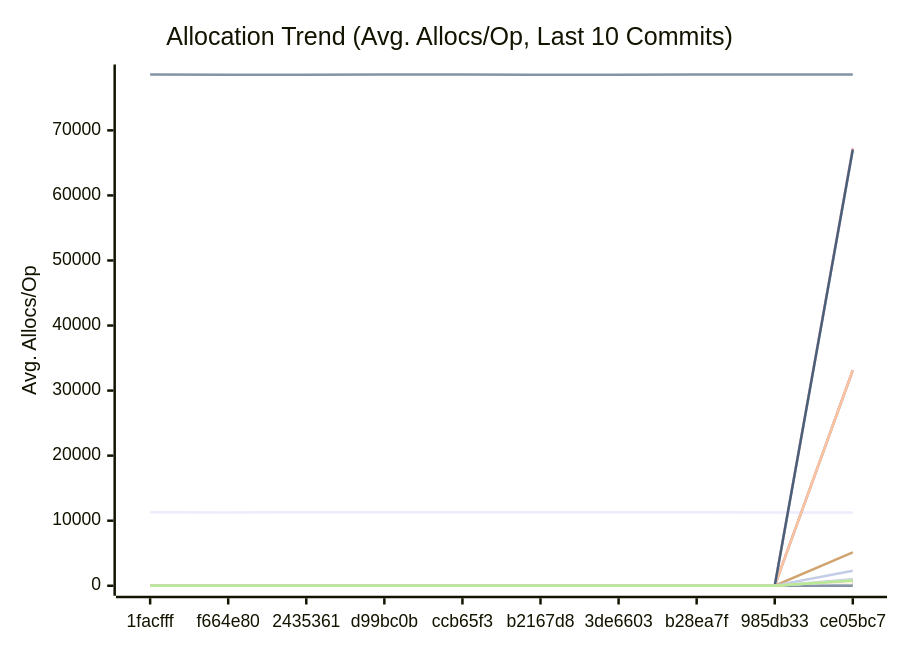
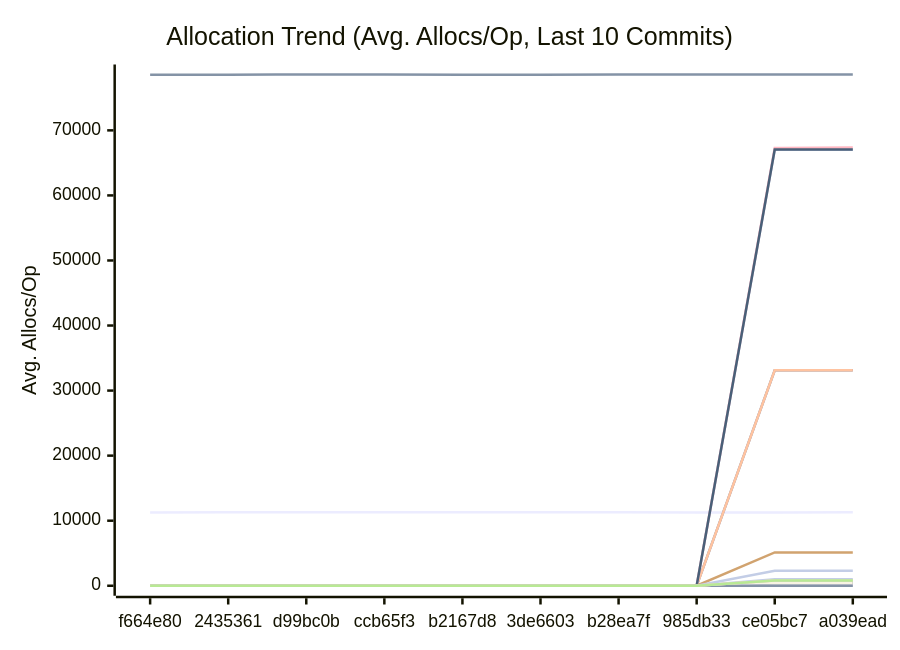
One commit to alsotoes/momo changed the third of 3 diagrams in docs/PERFORMANCE.md. Above: the diagram before and after it, drawn with Mermaid. The commit also changed other lines of this file and 42 other files, not shown here.

````diff
--- a/docs/PERFORMANCE.md
+++ b/docs/PERFORMANCE.md
@@ -348,42 +348,42 @@
 ```mermaid
 xychart-beta
     title "Allocation Trend (Avg. Allocs/Op, Last 10 Commits)"
     x-axis "Commit"
     y-axis "Avg. Allocs/Op"
-    x-axis [1facfff,f664e80,2435361,d99bc0b,ccb65f3,b2167d8,3de6603,b28ea7f,985db33,ce05bc7]
-    line "AWSChunkedReaderSigned" [11308,11270,11298,11294,11296,11294,11282,11296,11273,11277]
-    line "AWSChunkedReaderUnsigned" [78579,78560,78566,78574,78587,78561,78563,78568,78577,78572]
+    x-axis [f664e80,2435361,d99bc0b,ccb65f3,b2167d8,3de6603,b28ea7f,985db33,ce05bc7,a039ead]
+    line "AWSChunkedReaderSigned" [11270,11298,11294,11296,11294,11282,11296,11273,11277,11286]
+    line "AWSChunkedReaderUnsigned" [78560,78566,78574,78587,78561,78563,78568,78577,78572,78577]
     line "CheckMetricsAndSwap" [0,0,0,0,0,0,0,0,0,0]
     line "CrushOptimized" [0,0,0,0,0,0,0,0,0,0]
     line "CrushOriginal" [3,3,3,3,3,3,3,3,3,3]
-    line "FormatListObjectsV2XML_AppendFormat" [0,0,0,0,0,0,0,0,0,16]
-    line "FormatListObjectsV2XML_OldFormat" [0,0,0,0,0,0,0,0,0,1000]
-    line "HashBytes/1MiB" [0,0,0,0,0,0,0,0,0,64]
-    line "HashBytes/256MiB" [0,0,0,0,0,0,0,0,0,64]
-    line "HashBytes/64MiB" [0,0,0,0,0,0,0,0,0,64]
-    line "HashFile/1MiB" [0,0,0,0,0,0,0,0,0,33128]
-    line "HashFile/256MiB" [0,0,0,0,0,0,0,0,0,33128]
-    line "HashFile/64MiB" [0,0,0,0,0,0,0,0,0,33128]
+    line "FormatListObjectsV2XML_AppendFormat" [0,0,0,0,0,0,0,0,16,16]
+    line "FormatListObjectsV2XML_OldFormat" [0,0,0,0,0,0,0,0,1000,1000]
+    line "HashBytes/1MiB" [0,0,0,0,0,0,0,0,64,64]
+    line "HashBytes/256MiB" [0,0,0,0,0,0,0,0,64,64]
+    line "HashBytes/64MiB" [0,0,0,0,0,0,0,0,64,64]
+    line "HashFile/1MiB" [0,0,0,0,0,0,0,0,33128,33128]
+    line "HashFile/256MiB" [0,0,0,0,0,0,0,0,33128,33128]
+    line "HashFile/64MiB" [0,0,0,0,0,0,0,0,33128,33128]
     line "IndexDirectTracking" [0,0,0,0,0,0,0,0,0,0]
     line "IndexSearch" [0,0,0,0,0,0,0,0,0,0]
-    line "LoadGlobalConfig" [54,54,54,54,54,54,54,54,54,58]
-    line "LocalWrite/1MiB" [0,0,0,0,0,0,0,0,0,67030]
-    line "LocalWrite/256MiB" [0,0,0,0,0,0,0,0,0,67292]
-    line "LocalWrite/64MiB" [0,0,0,0,0,0,0,0,0,67046]
+    line "LoadGlobalConfig" [54,54,54,54,54,54,54,54,58,58]
+    line "LocalWrite/1MiB" [0,0,0,0,0,0,0,0,67030,67032]
+    line "LocalWrite/256MiB" [0,0,0,0,0,0,0,0,67292,67348]
+    line "LocalWrite/64MiB" [0,0,0,0,0,0,0,0,67046,67073]
     line "PadString" [1,1,1,1,1,1,1,1,1,1]
     line "ParseReplicationOrder_NoPrealloc" [6,6,6,6,6,5,5,5,5,5]
     line "ParseReplicationOrder_Prealloc" [2,2,2,2,2,1,1,1,1,1]
-    line "Placement" [0,0,0,0,0,0,0,0,0,6]
-    line "PlacementDomainSpread" [0,0,0,0,0,0,0,0,0,6]
-    line "ReadVerify/1MiB" [0,0,0,0,0,0,0,0,0,435]
-    line "ReadVerify/256MiB" [0,0,0,0,0,0,0,0,0,5120]
-    line "ReadVerify/64MiB" [0,0,0,0,0,0,0,0,0,2307]
-    line "S3PutSpool/1MiB" [0,0,0,0,0,0,0,0,0,447]
-    line "S3PutSpool/256MiB" [0,0,0,0,0,0,0,0,0,448]
-    line "S3PutSpool/64MiB" [0,0,0,0,0,0,0,0,0,448]
+    line "Placement" [0,0,0,0,0,0,0,0,6,6]
+    line "PlacementDomainSpread" [0,0,0,0,0,0,0,0,6,6]
+    line "ReadVerify/1MiB" [0,0,0,0,0,0,0,0,435,464]
+    line "ReadVerify/256MiB" [0,0,0,0,0,0,0,0,5120,5120]
+    line "ReadVerify/64MiB" [0,0,0,0,0,0,0,0,2307,2307]
+    line "S3PutSpool/1MiB" [0,0,0,0,0,0,0,0,447,447]
+    line "S3PutSpool/256MiB" [0,0,0,0,0,0,0,0,448,448]
+    line "S3PutSpool/64MiB" [0,0,0,0,0,0,0,0,448,448]
     line "SanitizeLog/Safe" [0,0,0,0,0,0,0,0,0,0]
     line "SanitizeLog/Unsafe" [1,1,1,1,1,1,1,1,1,1]
-    line "TrustedRead/1MiB" [0,0,0,0,0,0,0,0,0,800]
-    line "TrustedRead/256MiB" [0,0,0,0,0,0,0,0,0,800]
-    line "TrustedRead/64MiB" [0,0,0,0,0,0,0,0,0,800]
+    line "TrustedRead/1MiB" [0,0,0,0,0,0,0,0,800,800]
+    line "TrustedRead/256MiB" [0,0,0,0,0,0,0,0,800,800]
+    line "TrustedRead/64MiB" [0,0,0,0,0,0,0,0,800,800]
 ```
````
